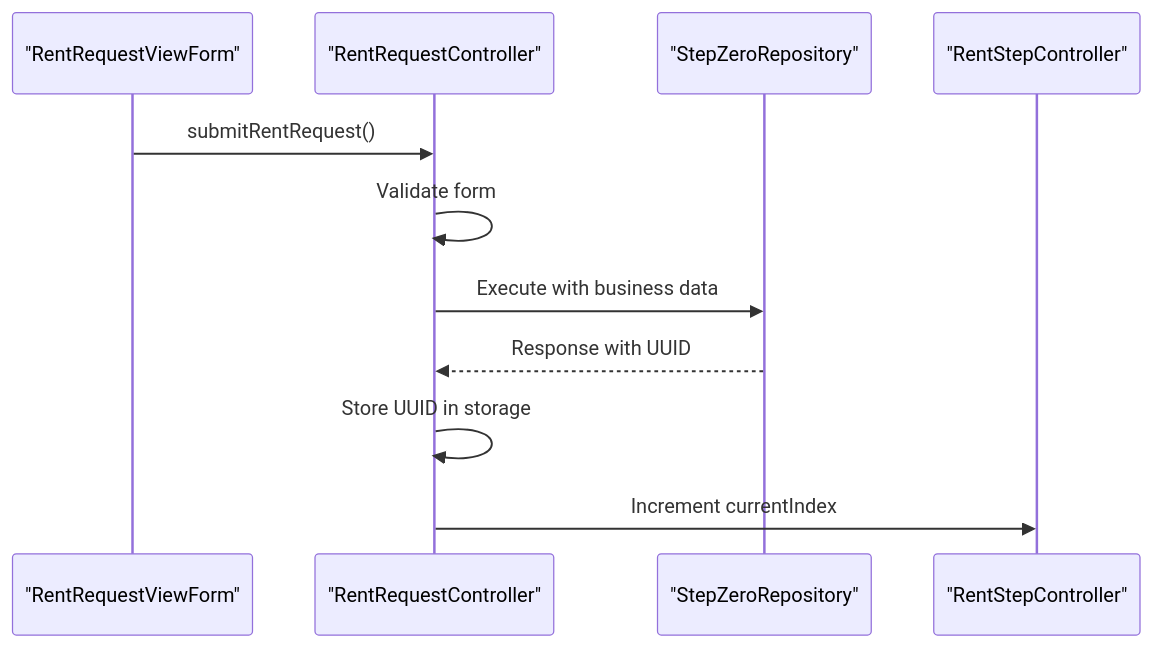
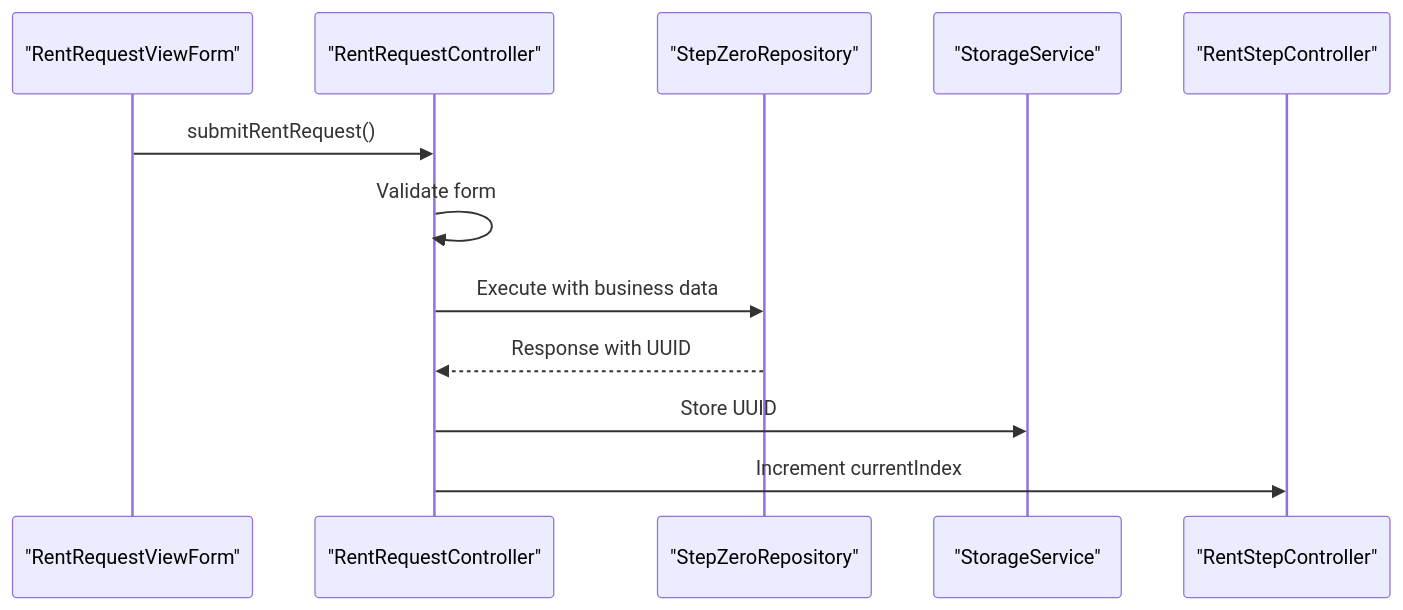
Before and after one commit to Ariful3111/FurniGo: the fourth of 6 diagrams in .qoder/repowiki/en/content/Core Features/Business Services/Rent Furniture System.md, drawn with Mermaid. The commit also changed other lines of this file and 10 other files, not shown here.

````diff
--- a/.qoder/repowiki/en/content/Core Features/Business Services/Rent Furniture System.md
+++ b/.qoder/repowiki/en/content/Core Features/Business Services/Rent Furniture System.md
@@ -202,13 +214,14 @@
 ```mermaid
 sequenceDiagram
 participant Form as "RentRequestViewForm"
 participant Controller as "RentRequestController"
 participant Repo as "StepZeroRepository"
+participant Storage as "StorageService"
 participant StepController as "RentStepController"
 Form->>Controller : submitRentRequest()
 Controller->>Controller : Validate form
 Controller->>Repo : Execute with business data
 Repo-->>Controller : Response with UUID
-Controller->>Controller : Store UUID in storage
+Controller->>Storage : Store UUID
 Controller->>StepController : Increment currentIndex
 ```
````
